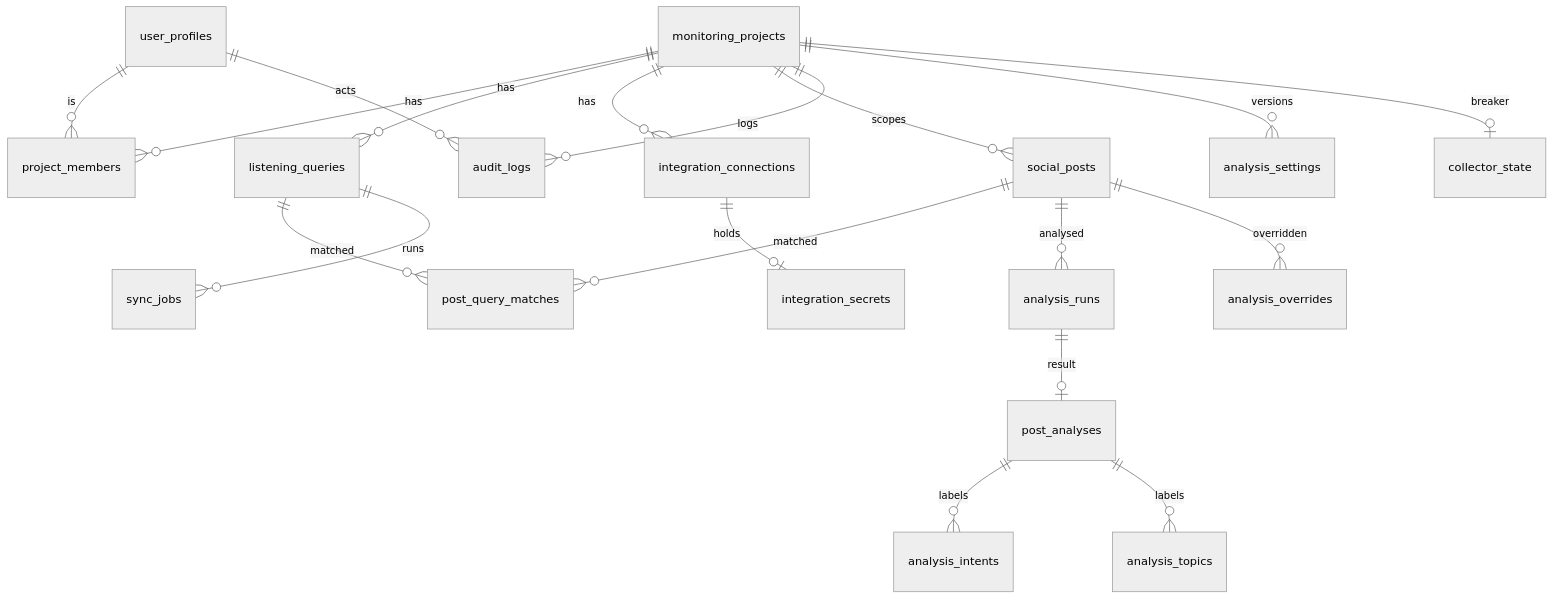
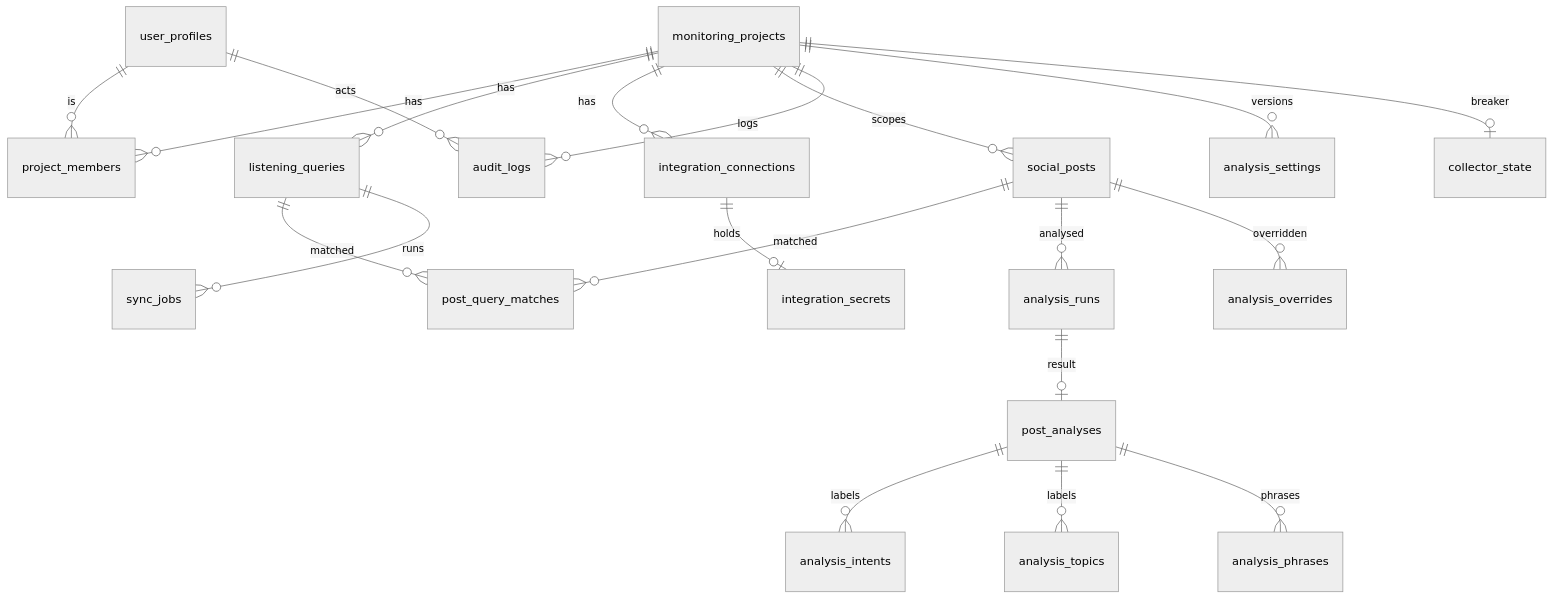
One commit to mryesss97/how-about-me changed the diagram in docs/02-architecture/04-data-model.md. Above: the diagram before and after it, drawn with Mermaid (neutral theme). The commit also changed other lines of this file and 66 other files, not shown here.

````diff
--- a/docs/02-architecture/04-data-model.md
+++ b/docs/02-architecture/04-data-model.md
@@ -16,21 +16,22 @@
 ```mermaid
 erDiagram
     monitoring_projects ||--o{ project_members : has
     user_profiles ||--o{ project_members : is
     monitoring_projects ||--o{ listening_queries : has
     monitoring_projects ||--o{ integration_connections : has
     integration_connections ||--o| integration_secrets : holds
     monitoring_projects ||--o{ social_posts : scopes
     listening_queries ||--o{ post_query_matches : matched
     social_posts ||--o{ post_query_matches : matched
     listening_queries ||--o{ sync_jobs : runs
     social_posts ||--o{ analysis_runs : analysed
     analysis_runs ||--o| post_analyses : result
     post_analyses ||--o{ analysis_intents : labels
     post_analyses ||--o{ analysis_topics : labels
+    post_analyses ||--o{ analysis_phrases : phrases
     social_posts ||--o{ analysis_overrides : overridden
     monitoring_projects ||--o{ audit_logs : logs
     user_profiles ||--o{ audit_logs : acts
     monitoring_projects ||--o{ analysis_settings : versions
     monitoring_projects ||--o| collector_state : breaker
 ```
````
